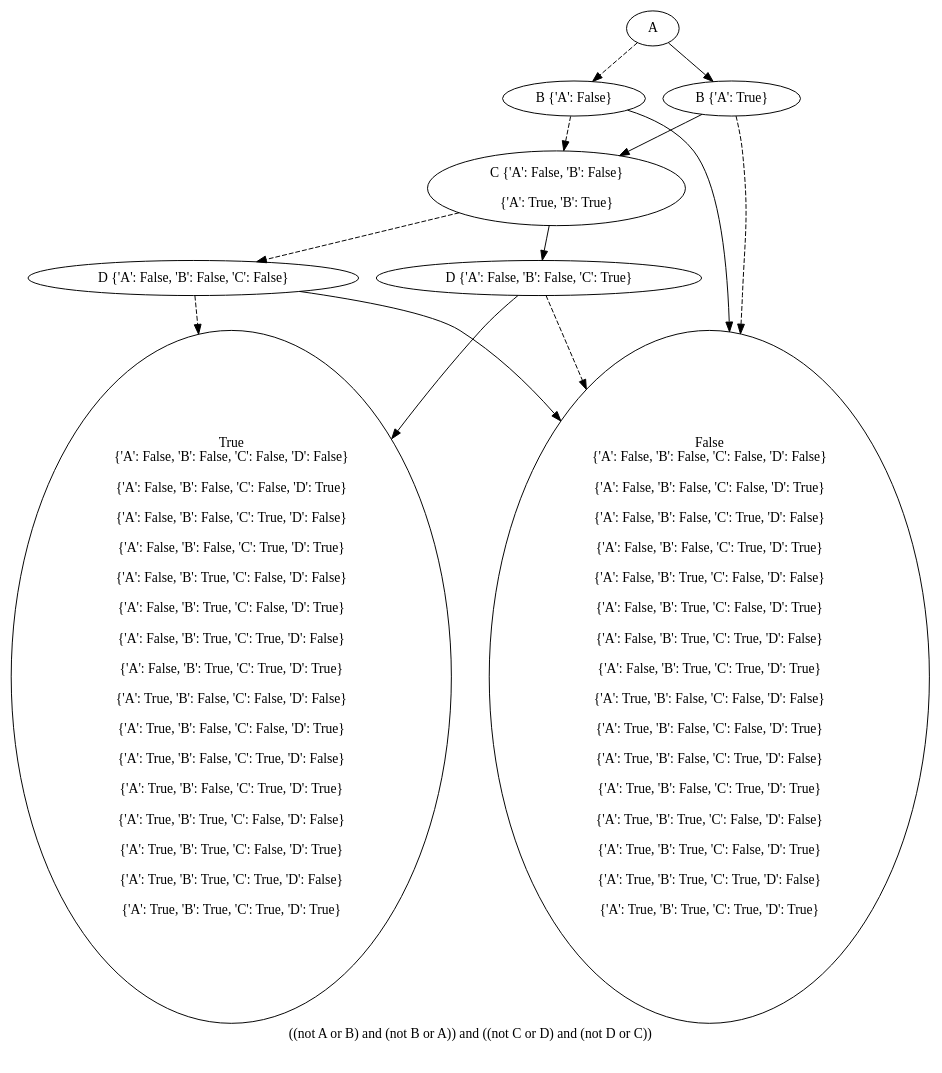
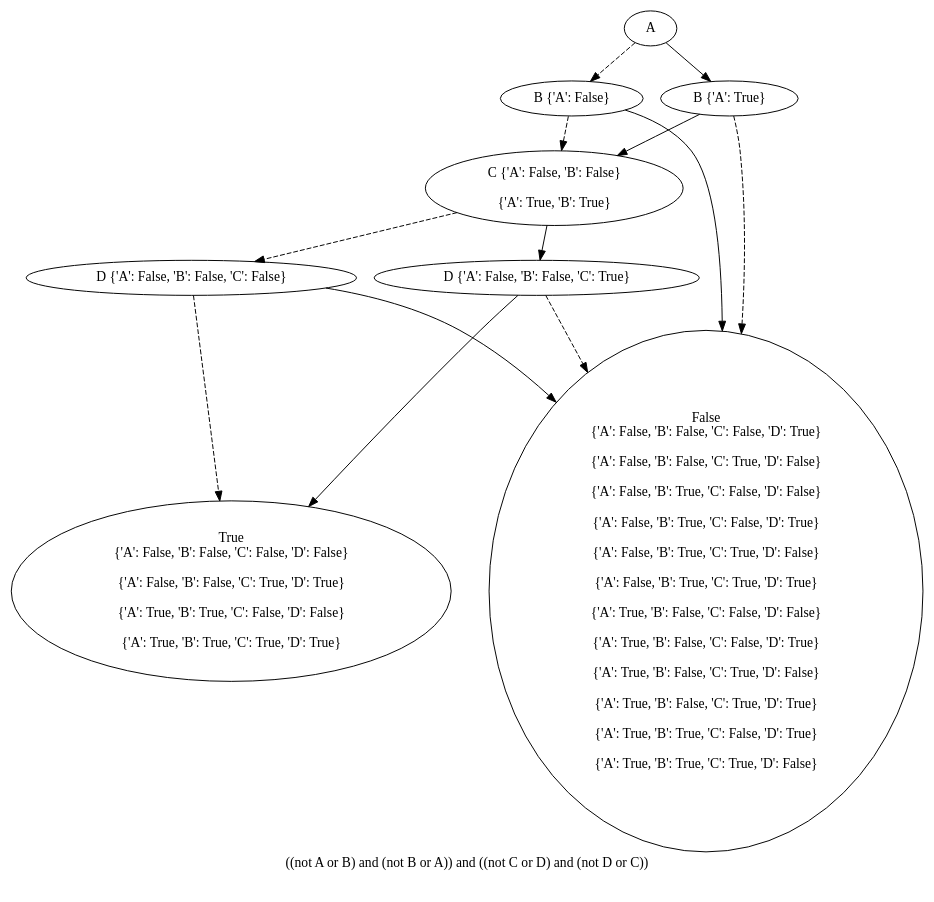
Before and after one commit to O1ez/IncreasingResilienceOfAutomatedVehicles: the diagram in BDD/out/reduced_out.dot, drawn with Graphviz. The commit also changed 2 other files, not shown here.

```diff
--- a/BDD/out/reduced_out.dot
+++ b/BDD/out/reduced_out.dot
@@ -1,21 +1,26 @@
 digraph{
 label="((not A or B) and (not B or A)) and ((not C or D) and (not D or C))\n\n"
-2144849805584[label=A]2144849805648[label="B {'A': False}"]
-2144849805584 -> 2144849805648[style=dashed]
-2144849805712[label="C {'A': False, 'B': False}
+2235520286544[label=A]2235520286608[label="B {'A': False}"]
+2235520286544 -> 2235520286608[style=dashed]
+2235520286672[label="C {'A': False, 'B': False}
 
 {'A': True, 'B': True}"]
-2144849805648 -> 2144849805712[style=dashed]
-2144849805776[label="D {'A': False, 'B': False, 'C': False}"]
-2144849805712 -> 2144849805776[style=dashed]
-2144849805456[label="True
+2235520286608 -> 2235520286672[style=dashed]
+2235520368720[label="D {'A': False, 'B': False, 'C': False}"]
+2235520286672 -> 2235520368720[style=dashed]
+2235520286416[label="True
 {'A': False, 'B': False, 'C': False, 'D': False}
 
+{'A': False, 'B': False, 'C': True, 'D': True}
+
+{'A': True, 'B': True, 'C': False, 'D': False}
+
+{'A': True, 'B': True, 'C': True, 'D': True}"]
+2235520368720 -> 2235520286416[style=dashed]
+2235520274768[label="False
 {'A': False, 'B': False, 'C': False, 'D': True}
 
 {'A': False, 'B': False, 'C': True, 'D': False}
-
-{'A': False, 'B': False, 'C': True, 'D': True}
 
 {'A': False, 'B': True, 'C': False, 'D': False}
 
@@ -33,22 +38,16 @@
 
 {'A': True, 'B': False, 'C': True, 'D': True}
 
-{'A': True, 'B': True, 'C': False, 'D': False}
-
 {'A': True, 'B': True, 'C': False, 'D': True}
 
-{'A': True, 'B': True, 'C': True, 'D': False}
-
-{'A': True, 'B': True, 'C': True, 'D': True}"]
-2144849805776 -> 2144849805456[style=dashed]
-2144849871504[label="False
-{'A': False, 'B': False, 'C': False, 'D': False}
-
+{'A': True, 'B': True, 'C': True, 'D': False}"]
+2235520368720 -> 2235520274768
+2235520370704[label="D {'A': False, 'B': False, 'C': True}"]
+2235520286672 -> 2235520370704
+2235520274768[label="False
 {'A': False, 'B': False, 'C': False, 'D': True}
 
 {'A': False, 'B': False, 'C': True, 'D': False}
-
-{'A': False, 'B': False, 'C': True, 'D': True}
 
 {'A': False, 'B': True, 'C': False, 'D': False}
 
@@ -66,24 +65,23 @@
 
 {'A': True, 'B': False, 'C': True, 'D': True}
 
+{'A': True, 'B': True, 'C': False, 'D': True}
+
+{'A': True, 'B': True, 'C': True, 'D': False}"]
+2235520370704 -> 2235520274768[style=dashed]
+2235520286416[label="True
+{'A': False, 'B': False, 'C': False, 'D': False}
+
+{'A': False, 'B': False, 'C': True, 'D': True}
+
 {'A': True, 'B': True, 'C': False, 'D': False}
 
-{'A': True, 'B': True, 'C': False, 'D': True}
-
-{'A': True, 'B': True, 'C': True, 'D': False}
-
 {'A': True, 'B': True, 'C': True, 'D': True}"]
-2144849805776 -> 2144849871504
-2144849807760[label="D {'A': False, 'B': False, 'C': True}"]
-2144849805712 -> 2144849807760
-2144849871504[label="False
-{'A': False, 'B': False, 'C': False, 'D': False}
-
+2235520370704 -> 2235520286416
+2235520274768[label="False
 {'A': False, 'B': False, 'C': False, 'D': True}
 
 {'A': False, 'B': False, 'C': True, 'D': False}
-
-{'A': False, 'B': False, 'C': True, 'D': True}
 
 {'A': False, 'B': True, 'C': False, 'D': False}
 
@@ -101,22 +99,16 @@
 
 {'A': True, 'B': False, 'C': True, 'D': True}
 
-{'A': True, 'B': True, 'C': False, 'D': False}
-
 {'A': True, 'B': True, 'C': False, 'D': True}
 
-{'A': True, 'B': True, 'C': True, 'D': False}
-
-{'A': True, 'B': True, 'C': True, 'D': True}"]
-2144849807760 -> 2144849871504[style=dashed]
-2144849805456[label="True
-{'A': False, 'B': False, 'C': False, 'D': False}
-
+{'A': True, 'B': True, 'C': True, 'D': False}"]
+2235520286608 -> 2235520274768
+2235520526352[label="B {'A': True}"]
+2235520286544 -> 2235520526352
+2235520274768[label="False
 {'A': False, 'B': False, 'C': False, 'D': True}
 
 {'A': False, 'B': False, 'C': True, 'D': False}
-
-{'A': False, 'B': False, 'C': True, 'D': True}
 
 {'A': False, 'B': True, 'C': False, 'D': False}
 
@@ -134,84 +126,12 @@
 
 {'A': True, 'B': False, 'C': True, 'D': True}
 
-{'A': True, 'B': True, 'C': False, 'D': False}
-
 {'A': True, 'B': True, 'C': False, 'D': True}
 
-{'A': True, 'B': True, 'C': True, 'D': False}
-
-{'A': True, 'B': True, 'C': True, 'D': True}"]
-2144849807760 -> 2144849805456
-2144849871504[label="False
-{'A': False, 'B': False, 'C': False, 'D': False}
-
-{'A': False, 'B': False, 'C': False, 'D': True}
-
-{'A': False, 'B': False, 'C': True, 'D': False}
-
-{'A': False, 'B': False, 'C': True, 'D': True}
-
-{'A': False, 'B': True, 'C': False, 'D': False}
-
-{'A': False, 'B': True, 'C': False, 'D': True}
-
-{'A': False, 'B': True, 'C': True, 'D': False}
-
-{'A': False, 'B': True, 'C': True, 'D': True}
-
-{'A': True, 'B': False, 'C': False, 'D': False}
-
-{'A': True, 'B': False, 'C': False, 'D': True}
-
-{'A': True, 'B': False, 'C': True, 'D': False}
-
-{'A': True, 'B': False, 'C': True, 'D': True}
-
-{'A': True, 'B': True, 'C': False, 'D': False}
-
-{'A': True, 'B': True, 'C': False, 'D': True}
-
-{'A': True, 'B': True, 'C': True, 'D': False}
-
-{'A': True, 'B': True, 'C': True, 'D': True}"]
-2144849805648 -> 2144849871504
-2144849963152[label="B {'A': True}"]
-2144849805584 -> 2144849963152
-2144849871504[label="False
-{'A': False, 'B': False, 'C': False, 'D': False}
-
-{'A': False, 'B': False, 'C': False, 'D': True}
-
-{'A': False, 'B': False, 'C': True, 'D': False}
-
-{'A': False, 'B': False, 'C': True, 'D': True}
-
-{'A': False, 'B': True, 'C': False, 'D': False}
-
-{'A': False, 'B': True, 'C': False, 'D': True}
-
-{'A': False, 'B': True, 'C': True, 'D': False}
-
-{'A': False, 'B': True, 'C': True, 'D': True}
-
-{'A': True, 'B': False, 'C': False, 'D': False}
-
-{'A': True, 'B': False, 'C': False, 'D': True}
-
-{'A': True, 'B': False, 'C': True, 'D': False}
-
-{'A': True, 'B': False, 'C': True, 'D': True}
-
-{'A': True, 'B': True, 'C': False, 'D': False}
-
-{'A': True, 'B': True, 'C': False, 'D': True}
-
-{'A': True, 'B': True, 'C': True, 'D': False}
-
-{'A': True, 'B': True, 'C': True, 'D': True}"]
-2144849963152 -> 2144849871504[style=dashed]
-2144849805712[label="C {'A': False, 'B': False}
+{'A': True, 'B': True, 'C': True, 'D': False}"]
+2235520526352 -> 2235520274768[style=dashed]
+2235520286672[label="C {'A': False, 'B': False}
 
 {'A': True, 'B': True}"]
-2144849963152 -> 2144849805712
+2235520526352 -> 2235520286672
 }
```
